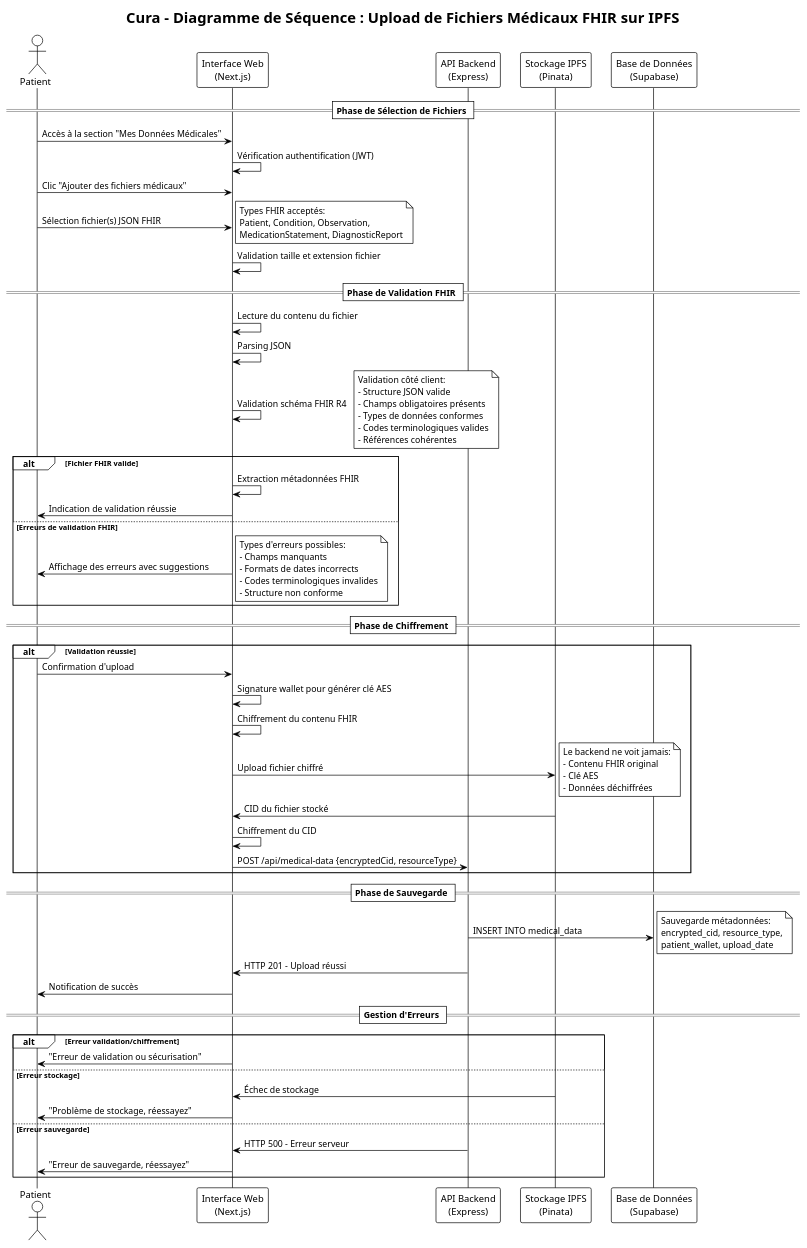
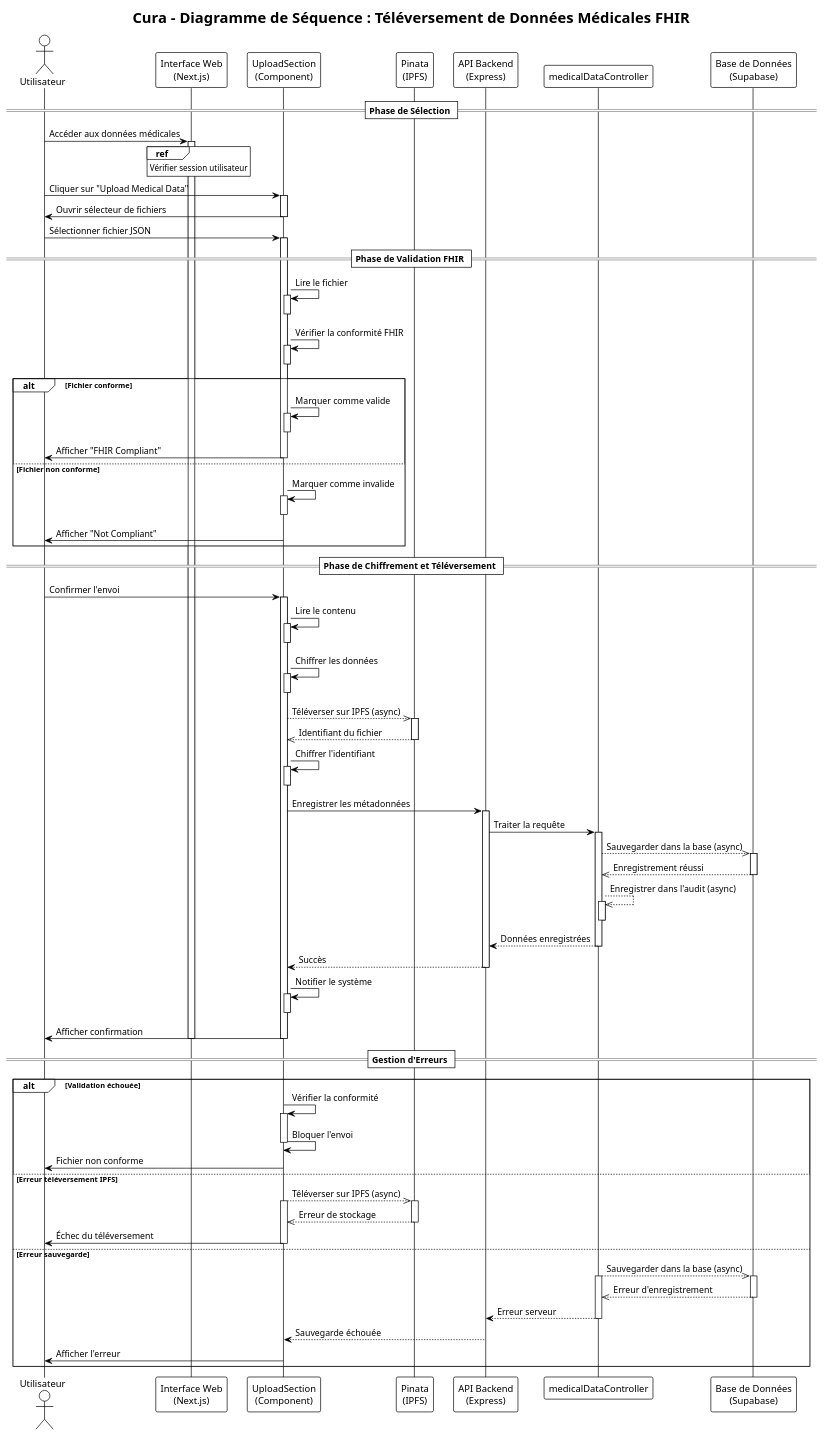
The diagram in docs/sequence-diagrams/medical-data-upload-sequence.puml (monark-community/zk-medical-data-exchange), drawn with PlantUML before and after one commit. The commit also changed 11 other files, not shown here.

Commit message:
feat: Update sequence diagrams

```diff
--- a/docs/sequence-diagrams/medical-data-upload-sequence.puml
+++ b/docs/sequence-diagrams/medical-data-upload-sequence.puml
@@ -1,93 +1,121 @@
 @startuml Medical_Data_Upload_Sequence
 !theme plain
 
-title Cura - Diagramme de Séquence : Upload de Fichiers Médicaux FHIR sur IPFS
+title Cura - Diagramme de Séquence : Téléversement de Données Médicales FHIR
 
-actor "Patient" as Patient
+actor "Utilisateur" as User
 participant "Interface Web\n(Next.js)" as Frontend
+participant "UploadSection\n(Component)" as UploadComponent
+participant "Pinata\n(IPFS)" as IPFS
 participant "API Backend\n(Express)" as Backend
-participant "Stockage IPFS\n(Pinata)" as IPFS
+participant "medicalDataController" as Controller
 participant "Base de Données\n(Supabase)" as Database
 
-== Phase de Sélection de Fichiers ==
-Patient -> Frontend : Accès à la section "Mes Données Médicales"
-Frontend -> Frontend : Vérification authentification (JWT)
-Patient -> Frontend : Clic "Ajouter des fichiers médicaux"
-
-Patient -> Frontend : Sélection fichier(s) JSON FHIR
-note right
-Types FHIR acceptés:
-Patient, Condition, Observation,
-MedicationStatement, DiagnosticReport
-end note
-
-Frontend -> Frontend : Validation taille et extension fichier
+== Phase de Sélection ==
+User -> Frontend : Accéder aux données médicales
+activate Frontend
+ref over Frontend : Vérifier session utilisateur
+User -> UploadComponent : Cliquer sur "Upload Medical Data"
+activate UploadComponent
+UploadComponent -> User : Ouvrir sélecteur de fichiers
+deactivate UploadComponent
+User -> UploadComponent : Sélectionner fichier JSON
+activate UploadComponent
 
 == Phase de Validation FHIR ==
-Frontend -> Frontend : Lecture du contenu du fichier
-Frontend -> Frontend : Parsing JSON
-Frontend -> Frontend : Validation schéma FHIR R4
-note right
-Validation côté client:
-- Structure JSON valide
-- Champs obligatoires présents
-- Types de données conformes
-- Codes terminologiques valides
-- Références cohérentes
-end note
+UploadComponent -> UploadComponent : Lire le fichier
+activate UploadComponent
+deactivate UploadComponent
+UploadComponent -> UploadComponent : Vérifier la conformité FHIR
+activate UploadComponent
+deactivate UploadComponent
 
-alt Fichier FHIR valide
-    Frontend -> Frontend : Extraction métadonnées FHIR
-    Frontend -> Patient : Indication de validation réussie
-else Erreurs de validation FHIR
-    Frontend -> Patient : Affichage des erreurs avec suggestions
-    note right
-    Types d'erreurs possibles:
-    - Champs manquants
-    - Formats de dates incorrects
-    - Codes terminologiques invalides
-    - Structure non conforme
-    end note
+alt Fichier conforme
+    UploadComponent -> UploadComponent : Marquer comme valide
+    activate UploadComponent
+    deactivate UploadComponent
+    UploadComponent -> User : Afficher "FHIR Compliant"
+    deactivate UploadComponent
+else Fichier non conforme
+    UploadComponent -> UploadComponent : Marquer comme invalide
+    activate UploadComponent
+    deactivate UploadComponent
+    UploadComponent -> User : Afficher "Not Compliant"
+    deactivate UploadComponent
 end
 
-== Phase de Chiffrement ==
-alt Validation réussie
-    Patient -> Frontend : Confirmation d'upload
-    Frontend -> Frontend : Signature wallet pour générer clé AES
-    Frontend -> Frontend : Chiffrement du contenu FHIR
-    Frontend -> IPFS : Upload fichier chiffré
-    note right
-    Le backend ne voit jamais:
-    - Contenu FHIR original
-    - Clé AES
-    - Données déchiffrées
-    end note
-    
-    IPFS -> Frontend : CID du fichier stocké
-    Frontend -> Frontend : Chiffrement du CID
-    Frontend -> Backend : POST /api/medical-data {encryptedCid, resourceType}
-end
+== Phase de Chiffrement et Téléversement ==
+User -> UploadComponent : Confirmer l'envoi
+activate UploadComponent
+UploadComponent -> UploadComponent : Lire le contenu
+activate UploadComponent
+deactivate UploadComponent
+UploadComponent -> UploadComponent : Chiffrer les données
+activate UploadComponent
+deactivate UploadComponent
 
-== Phase de Sauvegarde ==
-Backend -> Database : INSERT INTO medical_data
-note right
-Sauvegarde métadonnées:
-encrypted_cid, resource_type,
-patient_wallet, upload_date
-end note
+UploadComponent -->> IPFS : Téléverser sur IPFS (async)
+activate IPFS
+IPFS -->> UploadComponent : Identifiant du fichier
+deactivate IPFS
 
-Backend -> Frontend : HTTP 201 - Upload réussi
-Frontend -> Patient : Notification de succès
+UploadComponent -> UploadComponent : Chiffrer l'identifiant
+activate UploadComponent
+deactivate UploadComponent
+
+UploadComponent -> Backend : Enregistrer les métadonnées
+activate Backend
+Backend -> Controller : Traiter la requête
+activate Controller
+
+Controller -->> Database : Sauvegarder dans la base (async)
+activate Database
+Database -->> Controller : Enregistrement réussi
+deactivate Database
+
+Controller -->> Controller : Enregistrer dans l'audit (async)
+activate Controller
+deactivate Controller
+
+Controller --> Backend : Données enregistrées
+deactivate Controller
+
+Backend --> UploadComponent : Succès
+deactivate Backend
+
+UploadComponent -> UploadComponent : Notifier le système
+activate UploadComponent
+deactivate UploadComponent
+
+UploadComponent -> User : Afficher confirmation
+deactivate UploadComponent
+deactivate Frontend
 
 == Gestion d'Erreurs ==
-alt Erreur validation/chiffrement
-    Frontend -> Patient : "Erreur de validation ou sécurisation"
-else Erreur stockage
-    IPFS -> Frontend : Échec de stockage
-    Frontend -> Patient : "Problème de stockage, réessayez"
+alt Validation échouée
+    UploadComponent -> UploadComponent : Vérifier la conformité
+    activate UploadComponent
+    UploadComponent -> UploadComponent : Bloquer l'envoi
+    deactivate UploadComponent
+    UploadComponent -> User : Fichier non conforme
+else Erreur téléversement IPFS
+    UploadComponent -->> IPFS : Téléverser sur IPFS (async)
+    activate UploadComponent
+    activate IPFS
+    IPFS -->> UploadComponent : Erreur de stockage
+    deactivate IPFS
+    UploadComponent -> User : Échec du téléversement
+    deactivate UploadComponent
 else Erreur sauvegarde
-    Backend -> Frontend : HTTP 500 - Erreur serveur
-    Frontend -> Patient : "Erreur de sauvegarde, réessayez"
+    Controller -->> Database : Sauvegarder dans la base (async)
+    activate Controller
+    activate Database
+    Database -->> Controller : Erreur d'enregistrement
+    deactivate Database
+    Controller --> Backend : Erreur serveur
+    deactivate Controller
+    Backend --> UploadComponent : Sauvegarde échouée
+    UploadComponent -> User : Afficher l'erreur
 end
 
 @enduml
```
